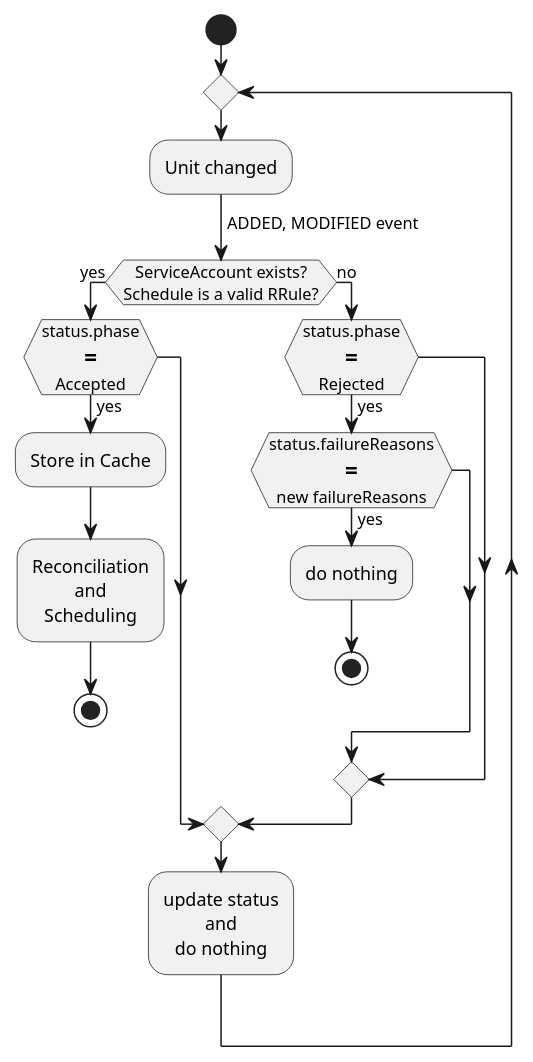
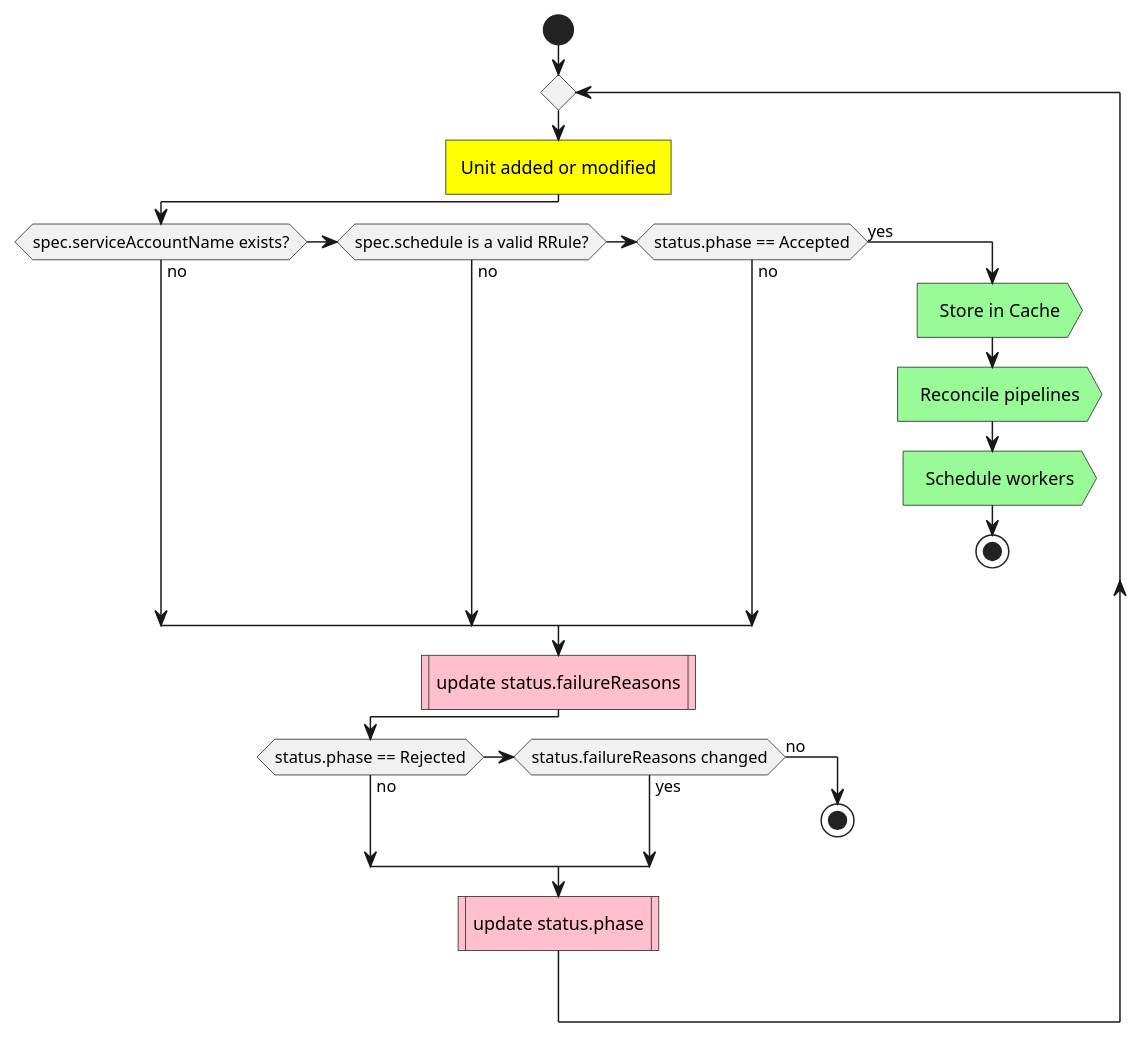
One commit to link-society/kubirds-website changed the diagram in assets/diagrams/admission_workflow_unit.puml. Above: the diagram before and after it, drawn with PlantUML. The commit also changed 7 other files, not shown here.

Commit message:
:memo: update activity diagrams

```diff
--- a/assets/diagrams/admission_workflow_unit.puml
+++ b/assets/diagrams/admission_workflow_unit.puml
@@ -1,26 +1,24 @@
 @startuml ../../static/img/docs/workflows/unit-admission
 skinparam defaultTextAlignment center
 
 start
 
 repeat
-  :Unit changed;
-  ->ADDED, MODIFIED event;
-  if (ServiceAccount exists?\nSchedule is a valid RRule?) then (yes)
-    if (status.phase\n==\nAccepted) then (yes)
-      :Store in Cache;
-      :Reconciliation\nand\nScheduling;
-      stop
-    endif
+  #yellow:Unit added or modified]
+  if (spec.serviceAccountName exists?) then (no)
+  elseif (spec.schedule is a valid RRule?) then (no)
+  elseif (status.phase == Accepted) then (no)
+  else (yes)
+    #palegreen:Store in Cache>
+    #palegreen:Reconcile pipelines>
+    #palegreen:Schedule workers>
+    stop
+  endif
+  #pink:update status.failureReasons|
+  if (status.phase == Rejected) then (no)
+  elseif (status.failureReasons changed) then (yes)
   else (no)
-    if (status.phase\n==\nRejected) then (yes)
-      if (status.failureReasons\n==\nnew failureReasons) then (yes)
-        :do nothing;
-        stop
-      endif
-    endif
+    stop
   endif
-  :update status\nand\ndo nothing;
-
-
+  #pink:update status.phase|
 @enduml
```
